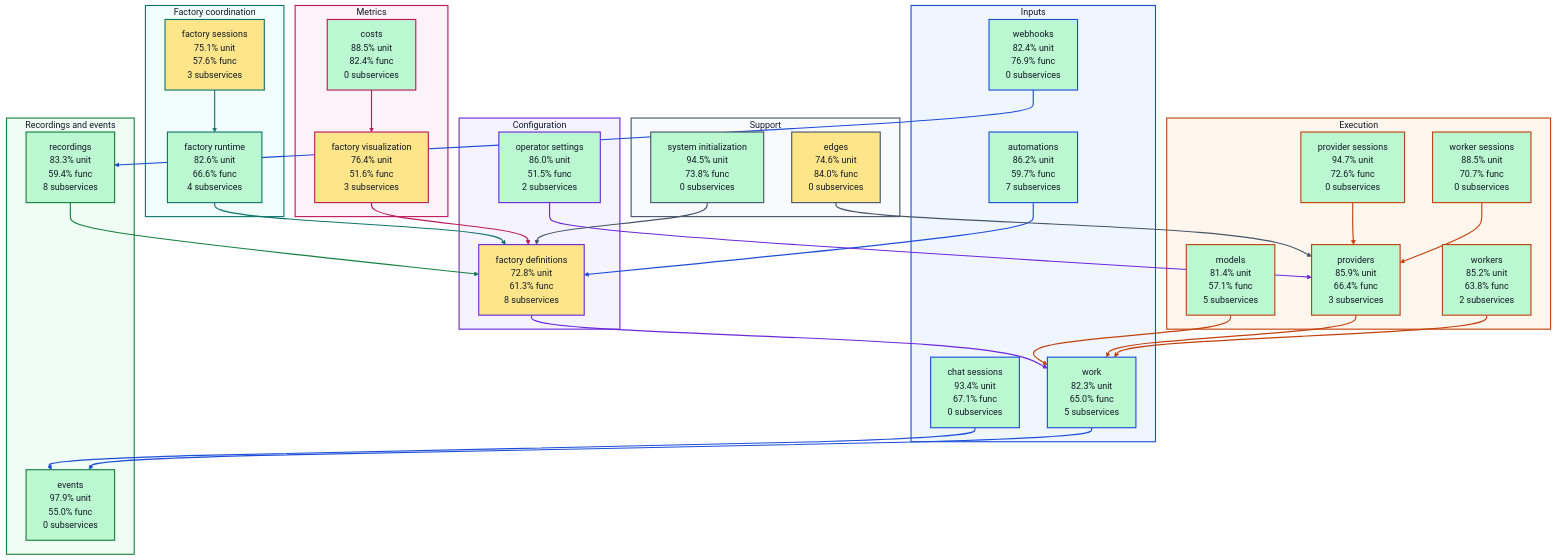
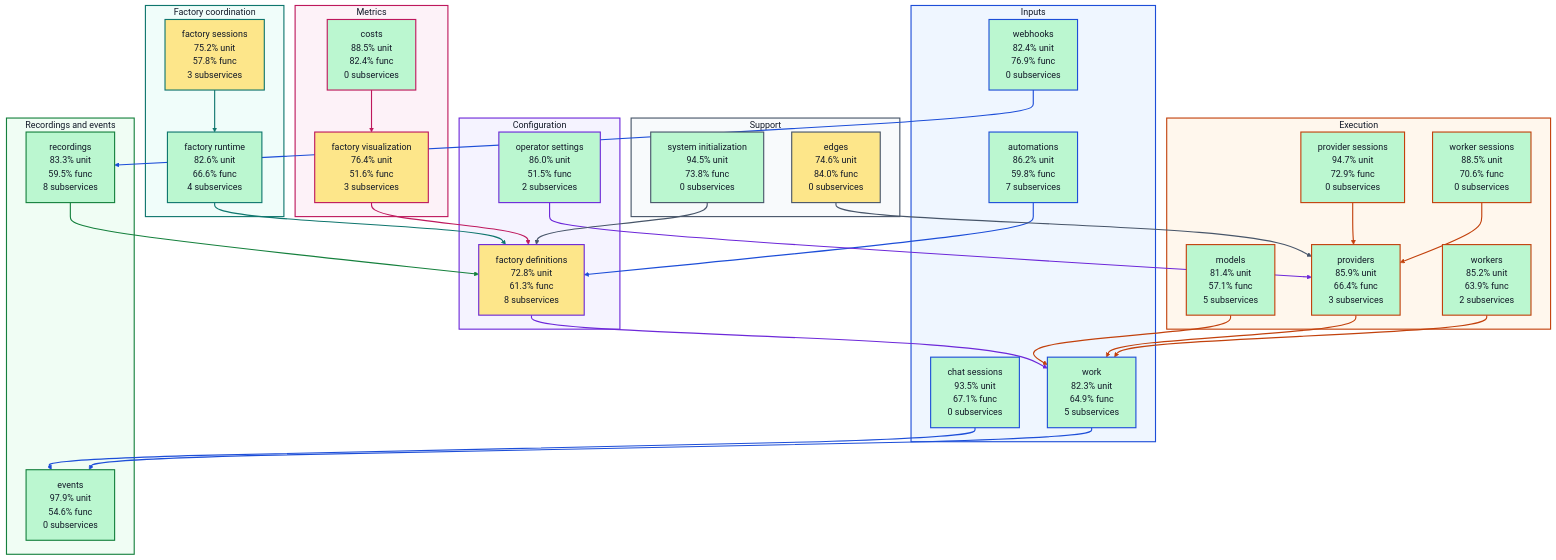
The diagram in docs/architecture/visualizations/high-level-test-coverage.md (portpowered/you-agent-factory), drawn with Mermaid (base theme) before and after one commit. The commit also changed other lines of this file and 20 other files, not shown here.

Commit message:
docs: refresh backend architecture visualizations

````diff
--- a/docs/architecture/visualizations/high-level-test-coverage.md
+++ b/docs/architecture/visualizations/high-level-test-coverage.md
@@ -11,10 +11,10 @@
 ```mermaid
 flowchart TB
   subgraph input["Inputs"]
-    s_services_automations["automations<br/>86.2% unit<br/>59.7% func<br/>7 subservices"]
-    s_services_chat_sessions["chat sessions<br/>93.4% unit<br/>67.1% func<br/>0 subservices"]
+    s_services_automations["automations<br/>86.2% unit<br/>59.8% func<br/>7 subservices"]
+    s_services_chat_sessions["chat sessions<br/>93.5% unit<br/>67.1% func<br/>0 subservices"]
     s_services_webhooks["webhooks<br/>82.4% unit<br/>76.9% func<br/>0 subservices"]
-    s_services_work["work<br/>82.3% unit<br/>65.0% func<br/>5 subservices"]
+    s_services_work["work<br/>82.3% unit<br/>64.9% func<br/>5 subservices"]
   end
   subgraph configuration["Configuration"]
     s_services_factory_definitions["factory definitions<br/>72.8% unit<br/>61.3% func<br/>8 subservices"]
@@ -22,18 +22,18 @@
   end
   subgraph coordination["Factory coordination"]
     s_services_factory_runtime["factory runtime<br/>82.6% unit<br/>66.6% func<br/>4 subservices"]
-    s_services_factory_sessions["factory sessions<br/>75.1% unit<br/>57.6% func<br/>3 subservices"]
+    s_services_factory_sessions["factory sessions<br/>75.2% unit<br/>57.8% func<br/>3 subservices"]
   end
   subgraph execution["Execution"]
     s_services_models["models<br/>81.4% unit<br/>57.1% func<br/>5 subservices"]
-    s_services_provider_sessions["provider sessions<br/>94.7% unit<br/>72.6% func<br/>0 subservices"]
+    s_services_provider_sessions["provider sessions<br/>94.7% unit<br/>72.9% func<br/>0 subservices"]
     s_services_providers["providers<br/>85.9% unit<br/>66.4% func<br/>3 subservices"]
-    s_services_worker_sessions["worker sessions<br/>88.5% unit<br/>70.7% func<br/>0 subservices"]
-    s_services_workers["workers<br/>85.2% unit<br/>63.8% func<br/>2 subservices"]
+    s_services_worker_sessions["worker sessions<br/>88.5% unit<br/>70.6% func<br/>0 subservices"]
+    s_services_workers["workers<br/>85.2% unit<br/>63.9% func<br/>2 subservices"]
   end
   subgraph recordings["Recordings and events"]
-    s_services_events["events<br/>97.9% unit<br/>55.0% func<br/>0 subservices"]
-    s_services_recordings["recordings<br/>83.3% unit<br/>59.4% func<br/>8 subservices"]
+    s_services_events["events<br/>97.9% unit<br/>54.6% func<br/>0 subservices"]
+    s_services_recordings["recordings<br/>83.3% unit<br/>59.5% func<br/>8 subservices"]
   end
   subgraph metrics["Metrics"]
     s_services_costs["costs<br/>88.5% unit<br/>82.4% func<br/>0 subservices"]
````
